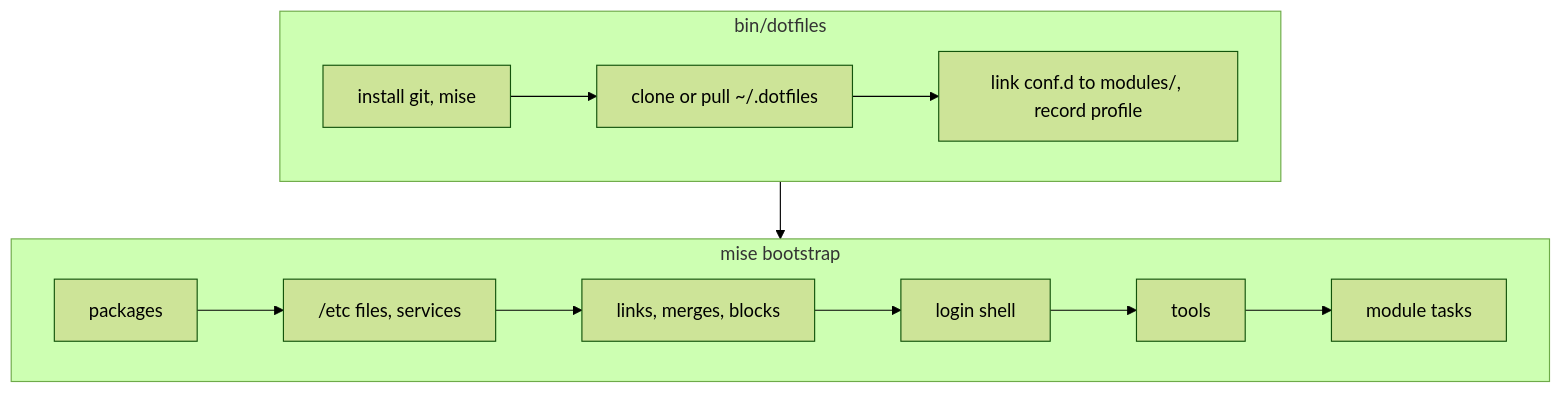
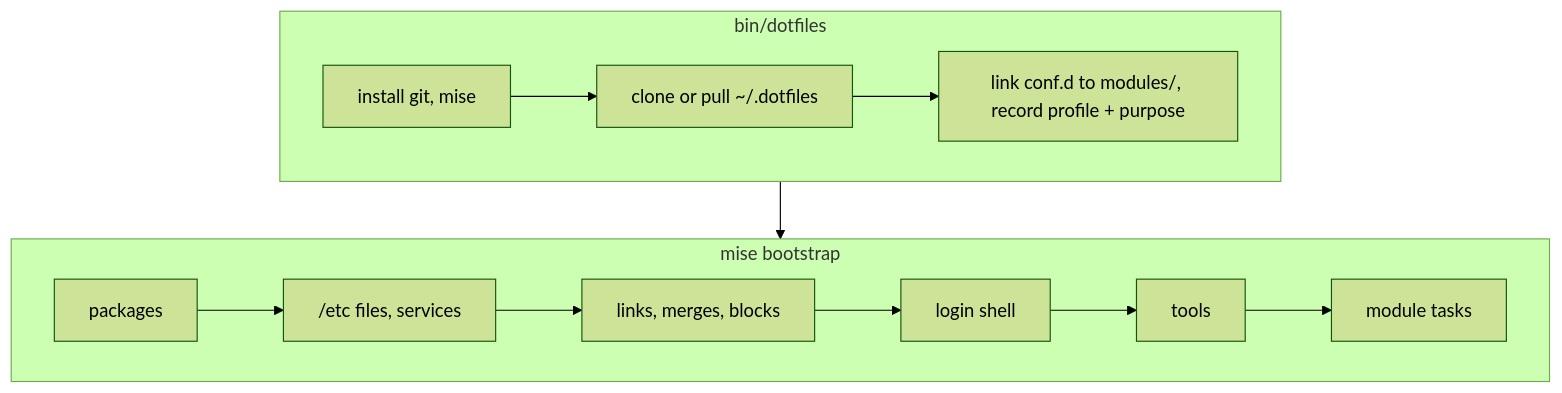
The diagram in README.md (TechDufus/dotfiles), drawn with Mermaid (forest theme) before and after one commit. The commit also changed other lines of this file and 6 other files, not shown here.

````diff
--- a/README.md
+++ b/README.md
@@ -32,12 +32,12 @@
 ```mermaid
 flowchart TB
   subgraph prep["bin/dotfiles"]
     direction LR
-    git["install git, mise"] --> repo["clone or pull ~/.dotfiles"] --> link["link conf.d to modules/, record profile"]
+    git["install git, mise"] --> repo["clone or pull ~/.dotfiles"] --> link["link conf.d to modules/, record profile + purpose"]
   end
   subgraph boot["mise bootstrap"]
     direction LR
     pkgs["packages"] --> sys["/etc files, services"] --> dots["links, merges, blocks"] --> shell["login shell"] --> tools["tools"] --> tasks["module tasks"]
   end
   prep --> boot
 ```
````
